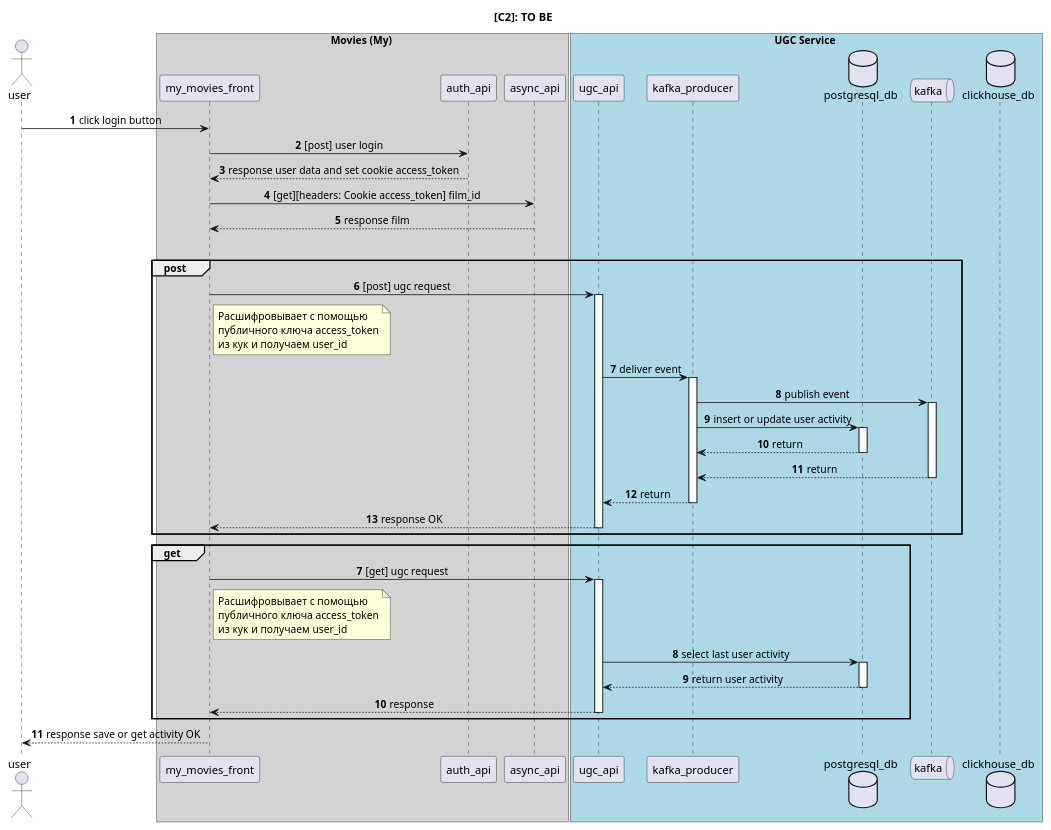
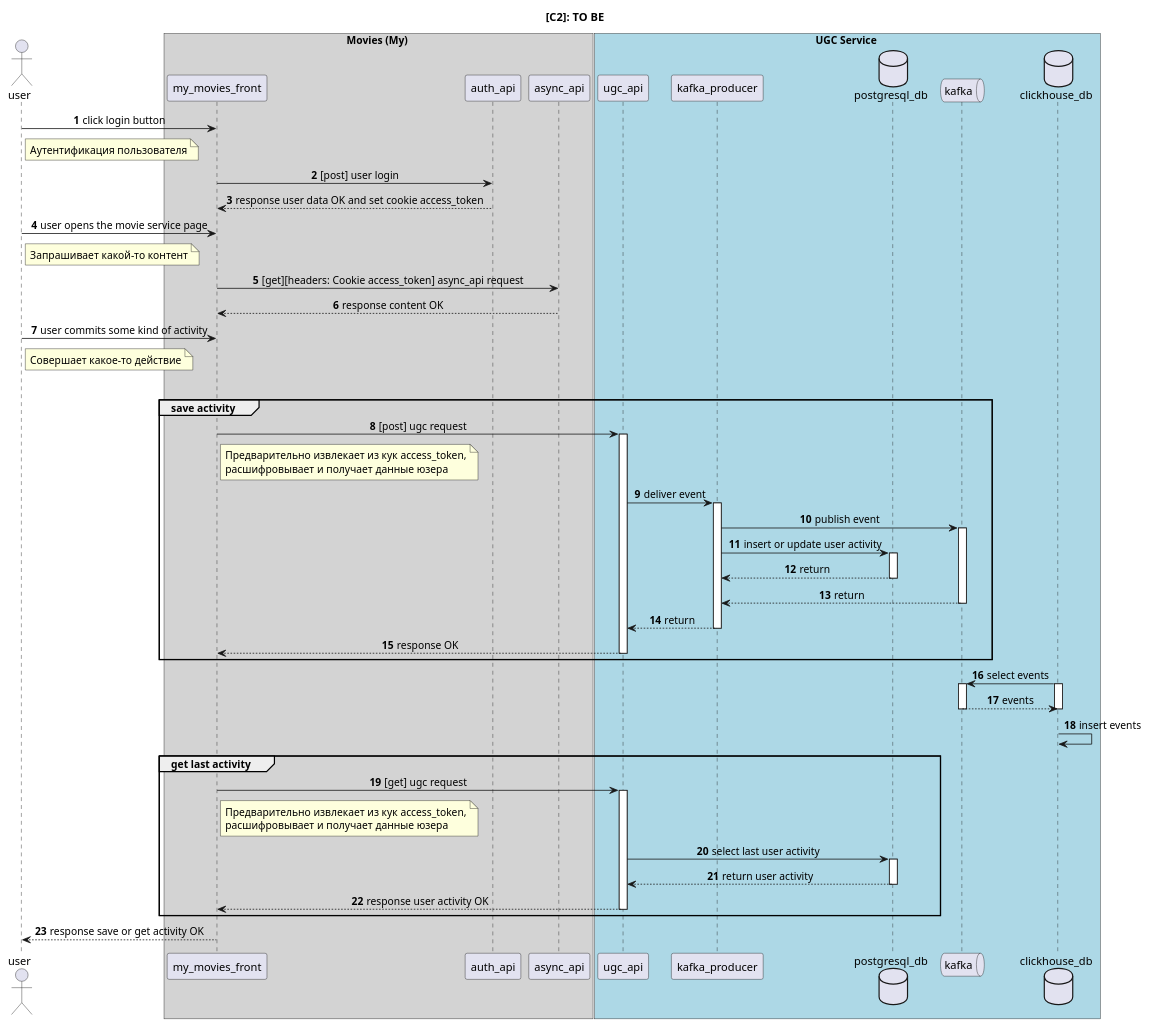
The diagram in docs/с2_to_be.puml (wiky-avis/movies_ugc_service), drawn with PlantUML before and after one commit. The commit also changed 1 other file, not shown here.

```diff
--- a/docs/с2_to_be.puml
+++ b/docs/с2_to_be.puml
@@ -1,76 +1,94 @@
 @startuml
 
 title [C2]: TO BE
 
 autonumber
 skinparam sequenceMessageAlign center
 
 actor user as user
 
 box Movies (My) #LightGray
 participant my_movies_front as my_movies_front
 participant auth_api as auth_api
 participant async_api as async_api
 end box
 
 user -> my_movies_front : click login button
+note right of user
+Аутентификация пользователя
+end note
 my_movies_front -> auth_api : [post] user login
-my_movies_front <-- auth_api: response user data and set cookie access_token
-my_movies_front -> async_api : [get][headers: Cookie access_token] film_id
-my_movies_front <-- async_api: response film
+my_movies_front <-- auth_api: response user data OK and set cookie access_token
+user -> my_movies_front : user opens the movie service page
+note right of user
+Запрашивает какой-то контент
+end note
+my_movies_front -> async_api : [get][headers: Cookie access_token] async_api request
+my_movies_front <-- async_api: response content OK
+user -> my_movies_front : user commits some kind of activity
+note right of user
+Совершает какое-то действие
+end note
 
 |||
 
 box UGC Service #lightBlue
 participant ugc_api as ugc_api
 participant kafka_producer as kafka_producer
 database postgresql_db as postgresql_db
 queue kafka as kafka
 database clickhouse_db as clickhouse_db
 end box
 
-autonumber 6
-group post
+autonumber 8
+group save activity
 my_movies_front -> ugc_api: [post] ugc request
 note right of my_movies_front
-Расшифровывает с помощью
-публичного ключа access_token
-из кук и получаем user_id
+Предварительно извлекает из кук access_token,
+расшифровывает и получает данные юзера
 end note
 activate ugc_api
 ugc_api -> kafka_producer: deliver event
 activate kafka_producer
 kafka_producer -> kafka: publish event
 activate kafka
 kafka_producer -> postgresql_db: insert or update user activity
 activate postgresql_db
 kafka_producer <-- postgresql_db: return
 deactivate postgresql_db
 kafka_producer <-- kafka: return
 deactivate kafka
 ugc_api <-- kafka_producer: return
 deactivate kafka_producer
 my_movies_front <-- ugc_api: response OK
 deactivate ugc_api
 end
 
-autonumber 7
-group get
+autonumber 16
+kafka <- clickhouse_db: select events
+activate kafka
+activate clickhouse_db
+kafka --> clickhouse_db: events
+deactivate kafka
+deactivate clickhouse_db
+clickhouse_db -> clickhouse_db: insert events
+
+autonumber 19
+group get last activity
 my_movies_front -> ugc_api: [get] ugc request
 note right of my_movies_front
-Расшифровывает с помощью
-публичного ключа access_token
-из кук и получаем user_id
+Предварительно извлекает из кук access_token,
+расшифровывает и получает данные юзера
 end note
 activate ugc_api
 ugc_api -> postgresql_db: select last user activity
 activate postgresql_db
 ugc_api <-- postgresql_db: return user activity
 deactivate postgresql_db
-my_movies_front <-- ugc_api: response
+my_movies_front <-- ugc_api: response user activity OK
 deactivate ugc_api
 end
 
 user <-- my_movies_front: response save or get activity OK
 
 @enduml
```
